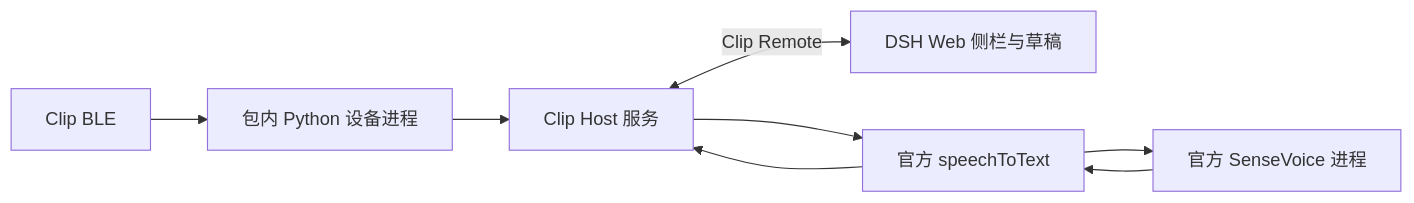
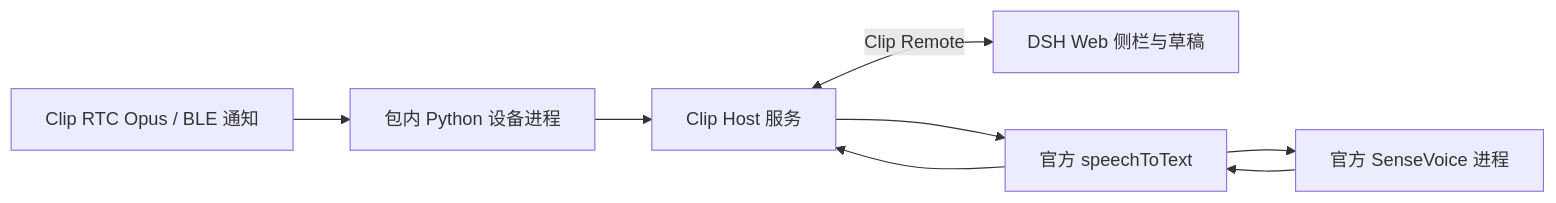
The diagram in README.md (Ant-wkp/dsh-clip-for-agent), drawn with Mermaid before and after one commit. The commit also changed other lines of this file and 12 other files, not shown here.

Commit message:
Stream live Clip RTC audio into DSH over BLE

````diff
--- a/README.md
+++ b/README.md
@@ -78,10 +76,10 @@
 ```mermaid
 flowchart LR
-    BLE[Clip BLE] --> PY[包内 Python 设备进程]
+    BLE[Clip RTC Opus / BLE 通知] --> PY[包内 Python 设备进程]
     PY --> HOST[Clip Host 服务]
     HOST <-->|Clip Remote| WEB[DSH Web 侧栏与草稿]
     HOST --> SPEECH[官方 speechToText]
     SPEECH --> SV[官方 SenseVoice 进程]
     SV --> SPEECH
     SPEECH --> HOST
 ```
````
